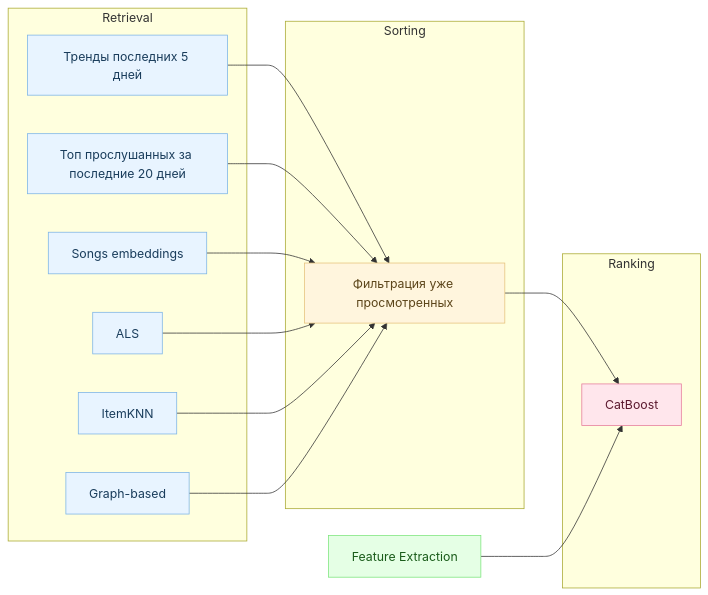
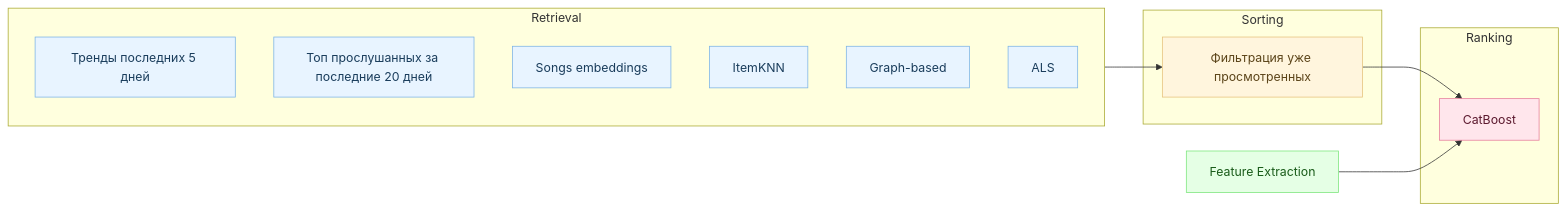
One commit to Nastasy822/music-recommendation-experiments changed the second of 2 diagrams in README.md. Above: the diagram before and after it, drawn with Mermaid.

Commit message:
docs: add diagram of preprocessing

````diff
--- a/README.md
+++ b/README.md
@@ -237,46 +237,41 @@
 ```mermaid
 flowchart LR
 
     %% === Блоки пайплайна ===
     subgraph RETRIEVAL ["Retrieval"]
         PopAll["Тренды последних 5 дней"]
         PopUser["Топ прослушанных за последние 20 дней"]
         SIM["Songs embeddings"]
         ITEMKNN["ItemKNN"]
         GRAPH["Graph-based"]
         ALS["ALS"]
     end
 
     subgraph SORTING ["Sorting"]
         FILTER["Фильтрация уже просмотренных"]
     end
 
     subgraph RANKING ["Ranking"]
         RANK["CatBoost"]
     end
 
     %% === Отдельный нижний блок Feature Extraction ===
     FEATS["Feature Extraction"]
 
     %% === Потоки данных ===
-    PopAll --> FILTER
-    PopUser --> FILTER
-    SIM --> FILTER
-    ALS --> FILTER
-    ITEMKNN --> FILTER
-    GRAPH --> FILTER
+    RETRIEVAL --> FILTER
 
     FILTER --> RANK
     FEATS --> RANK
 
     %% === Цветовые стили ===
     classDef retrieval fill:#e8f4ff,stroke:#7db4e6,color:#1a3d5c;
     classDef sorting fill:#fff5dd,stroke:#e6c27d,color:#5c451a;
     classDef ranking fill:#ffe6ec,stroke:#e67d9c,color:#5c1a2f;
     classDef features fill:#e5ffe5,stroke:#7de67d,color:#1a5c1a;
 
     class PopAll,PopUser,SIM,ALS,ITEMKNN,GRAPH retrieval;
     class FILTER sorting;
     class RANK ranking;
     class FEATS features;
 ```
````
